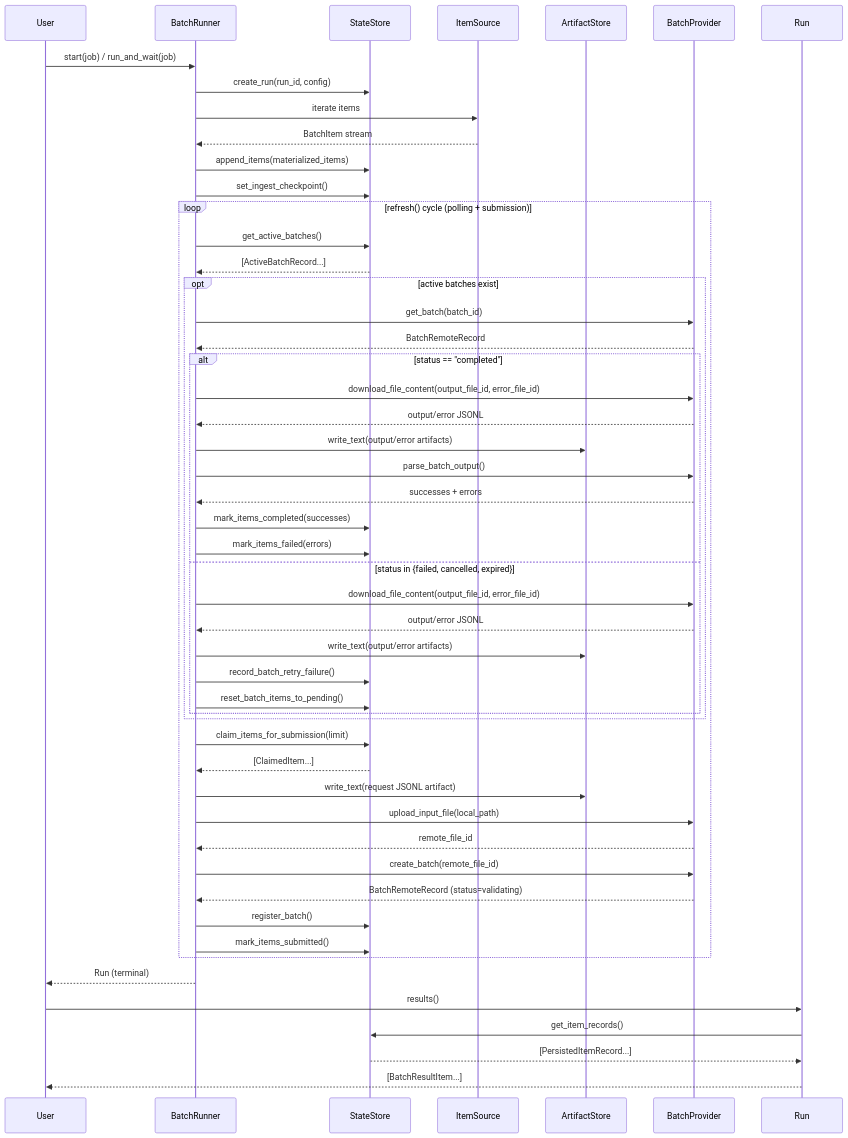
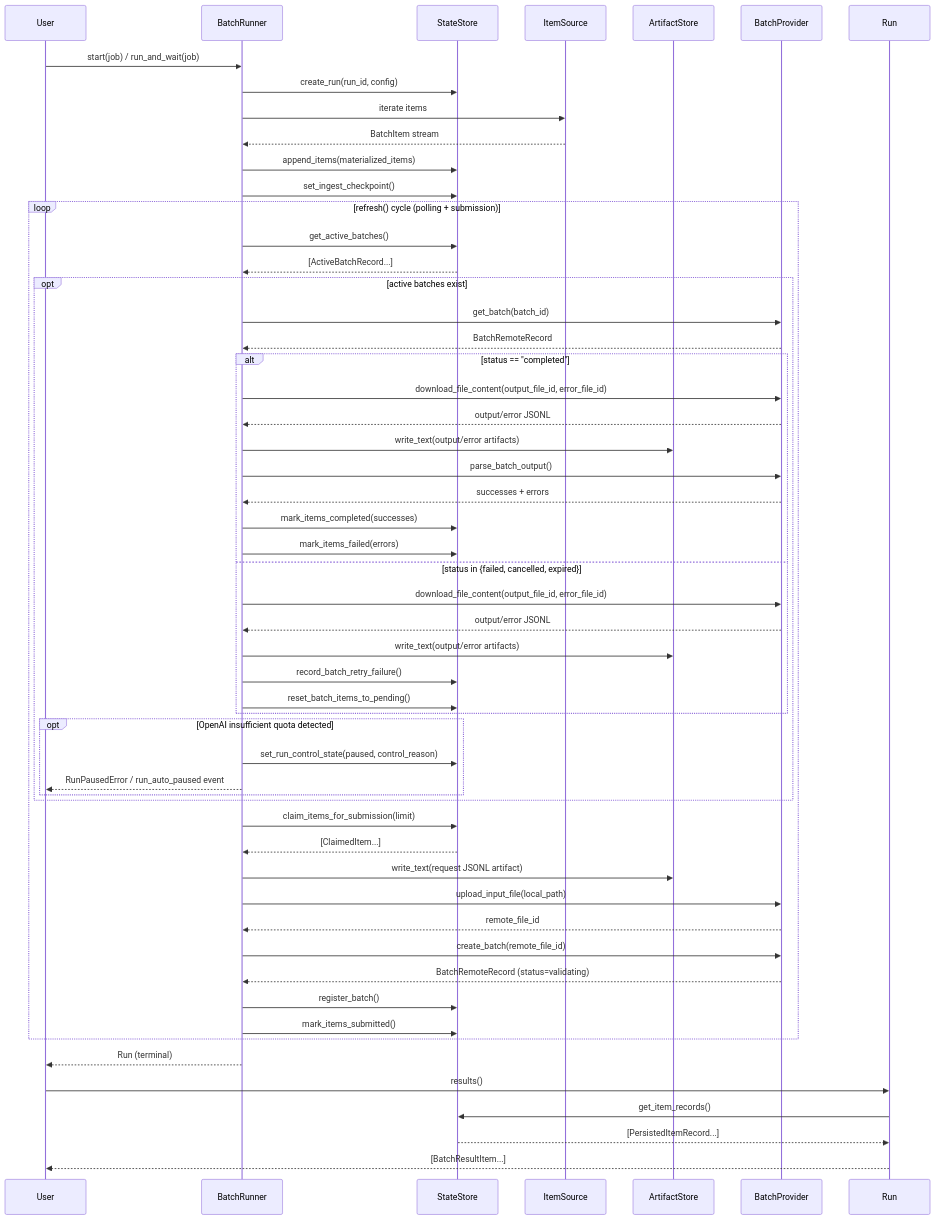
Before and after one commit to AnsonDev42/batchor: the second of 4 diagrams in docs/design_docs/ARCHITECTURE.md, drawn with Mermaid. The commit also changed other lines of this file and 25 other files, not shown here.

First line of the commit message:
feat(runtime): auto-pause OpenAI quota errors

````diff
--- a/docs/design_docs/ARCHITECTURE.md
+++ b/docs/design_docs/ARCHITECTURE.md
@@ -146,58 +146,63 @@
 ```mermaid
 sequenceDiagram
     participant User
     participant BatchRunner
     participant StateStore
     participant ItemSource
     participant ArtifactStore
     participant Provider as BatchProvider
 
     User->>BatchRunner: start(job) / run_and_wait(job)
     BatchRunner->>StateStore: create_run(run_id, config)
     BatchRunner->>ItemSource: iterate items
     ItemSource-->>BatchRunner: BatchItem stream
     BatchRunner->>StateStore: append_items(materialized_items)
     BatchRunner->>StateStore: set_ingest_checkpoint()
 
     loop refresh() cycle (polling + submission)
         BatchRunner->>StateStore: get_active_batches()
         StateStore-->>BatchRunner: [ActiveBatchRecord...]
 
         opt active batches exist
             BatchRunner->>Provider: get_batch(batch_id)
             Provider-->>BatchRunner: BatchRemoteRecord
 
             alt status == "completed"
                 BatchRunner->>Provider: download_file_content(output_file_id, error_file_id)
                 Provider-->>BatchRunner: output/error JSONL
                 BatchRunner->>ArtifactStore: write_text(output/error artifacts)
                 BatchRunner->>Provider: parse_batch_output()
                 Provider-->>BatchRunner: successes + errors
                 BatchRunner->>StateStore: mark_items_completed(successes)
                 BatchRunner->>StateStore: mark_items_failed(errors)
             else status in {failed, cancelled, expired}
                 BatchRunner->>Provider: download_file_content(output_file_id, error_file_id)
                 Provider-->>BatchRunner: output/error JSONL
                 BatchRunner->>ArtifactStore: write_text(output/error artifacts)
                 BatchRunner->>StateStore: record_batch_retry_failure()
                 BatchRunner->>StateStore: reset_batch_items_to_pending()
             end
+
+            opt OpenAI insufficient quota detected
+                BatchRunner->>StateStore: set_run_control_state(paused, control_reason)
+                BatchRunner-->>User: RunPausedError / run_auto_paused event
+            end
         end
 
         BatchRunner->>StateStore: claim_items_for_submission(limit)
         StateStore-->>BatchRunner: [ClaimedItem...]
         BatchRunner->>ArtifactStore: write_text(request JSONL artifact)
         BatchRunner->>Provider: upload_input_file(local_path)
         Provider-->>BatchRunner: remote_file_id
         BatchRunner->>Provider: create_batch(remote_file_id)
         Provider-->>BatchRunner: BatchRemoteRecord (status=validating)
         BatchRunner->>StateStore: register_batch()
         BatchRunner->>StateStore: mark_items_submitted()
     end
 
     BatchRunner-->>User: Run (terminal)
     User->>Run: results()
     Run->>StateStore: get_item_records()
     StateStore-->>Run: [PersistedItemRecord...]
     Run-->>User: [BatchResultItem...]
 ```
````
